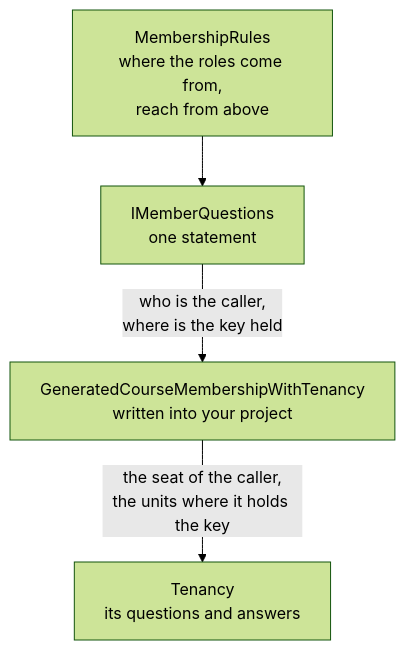
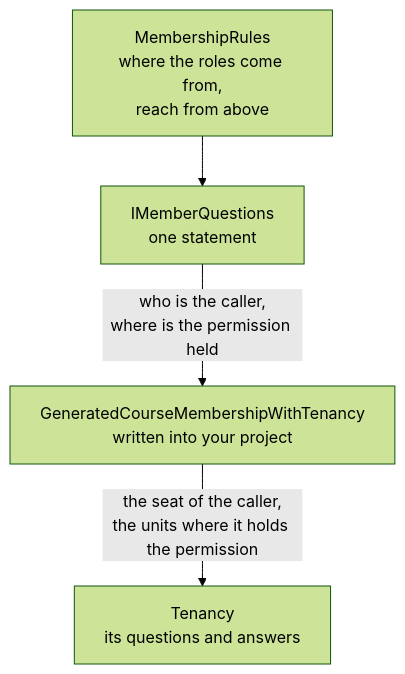
One commit to DylanSnel/DDDToolkit changed the fifth of 6 diagrams in docs/membership.md. Above: the diagram before and after it, drawn with Mermaid (forest theme). The commit also changed other lines of this file and 752 other files, not shown here.

````diff
--- a/docs/membership.md
+++ b/docs/membership.md
@@ -1405,6 +1405,6 @@
 ```mermaid
 flowchart TB
     Rules["MembershipRules<br/>where the roles come from,<br/>reach from above"] --> Questions["IMemberQuestions<br/>one statement"]
-    Questions -- "who is the caller,<br/>where is the key held" --> Written["GeneratedCourseMembershipWithTenancy<br/>written into your project"]
-    Written -- "the seat of the caller,<br/>the units where it holds the key" --> Tenancy["Tenancy<br/>its questions and answers"]
+    Questions -- "who is the caller,<br/>where is the permission held" --> Written["GeneratedCourseMembershipWithTenancy<br/>written into your project"]
+    Written -- "the seat of the caller,<br/>the units where it holds the permission" --> Tenancy["Tenancy<br/>its questions and answers"]
 ```
````
